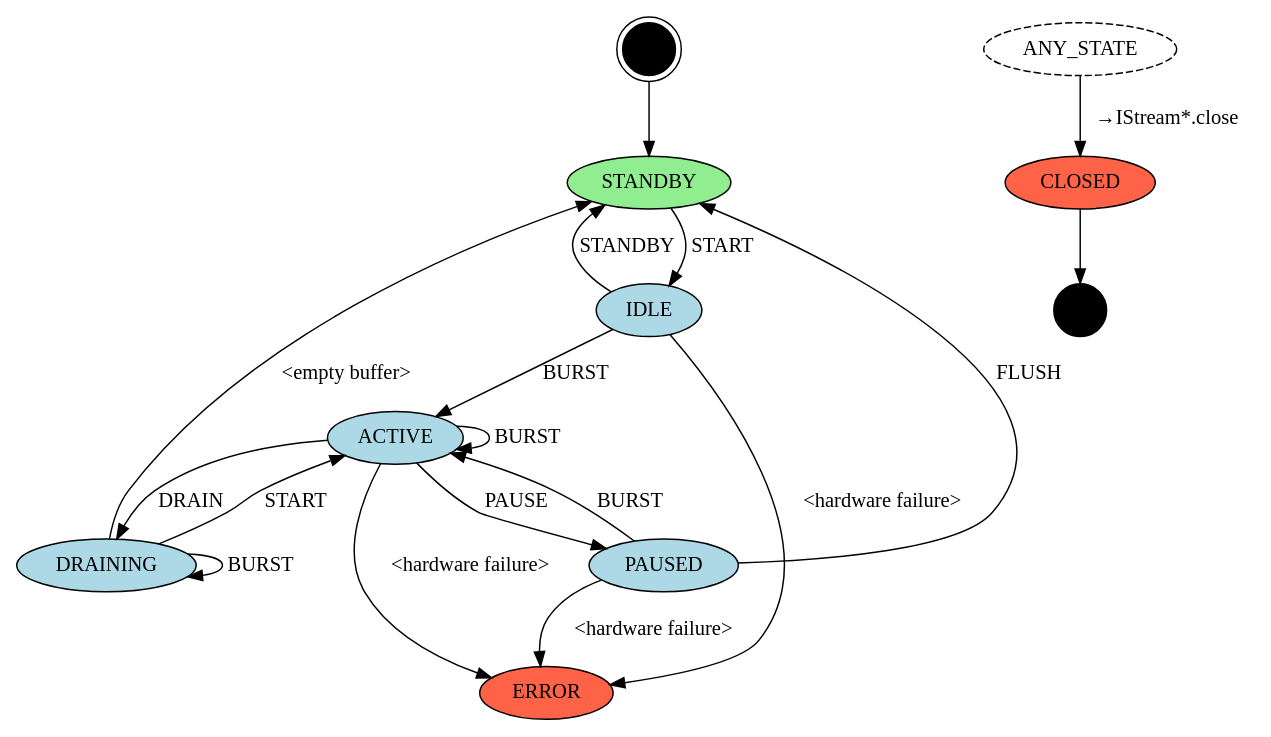
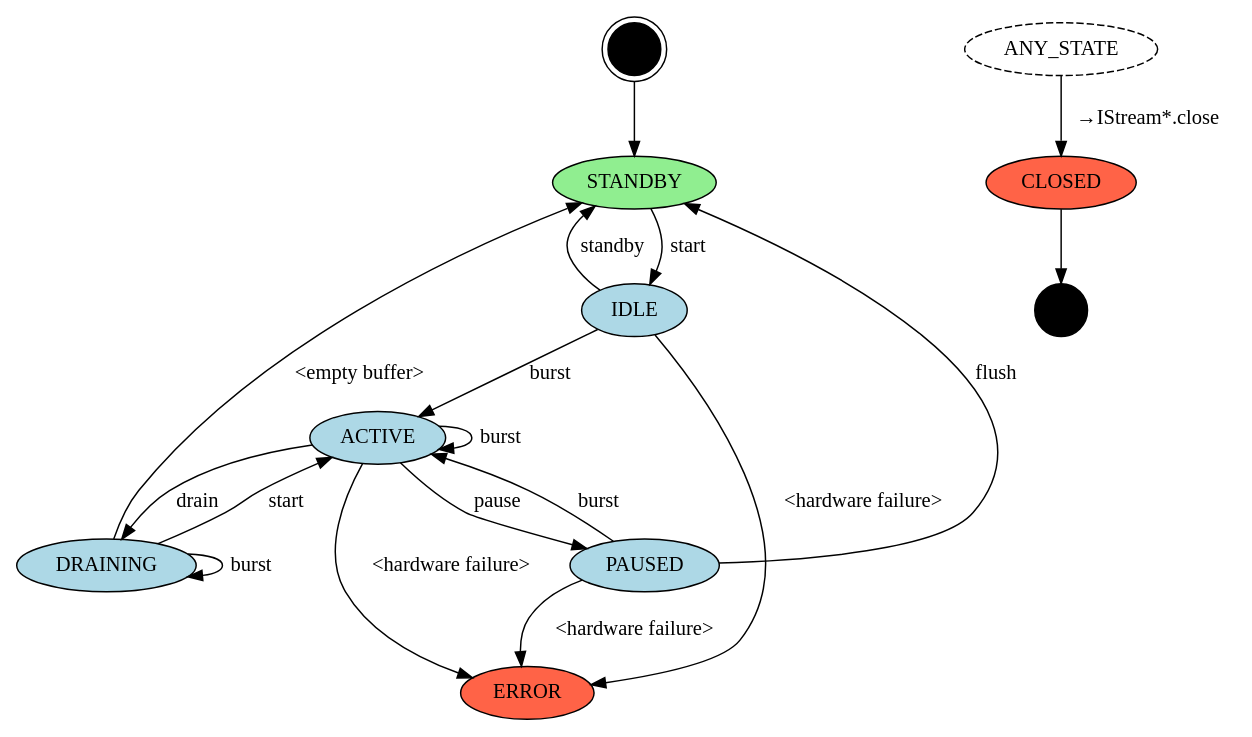
The diagram in audio/aidl/android/hardware/audio/core/stream-in-sm.gv (LineageOS/android_hardware_interfaces), drawn with Graphviz before and after one commit. The commit also changed 6 other files, not shown here.

```diff
--- a/audio/aidl/android/hardware/audio/core/stream-in-sm.gv
+++ b/audio/aidl/android/hardware/audio/core/stream-in-sm.gv
@@ -1,42 +1,42 @@
 // Copyright (C) 2022 The Android Open Source Project
 //
 // Licensed under the Apache License, Version 2.0 (the "License");
 // you may not use this file except in compliance with the License.
 // You may obtain a copy of the License at
 //
 //      http://www.apache.org/licenses/LICENSE-2.0
 //
 // Unless required by applicable law or agreed to in writing, software
 // distributed under the License is distributed on an "AS IS" BASIS,
 // WITHOUT WARRANTIES OR CONDITIONS OF ANY KIND, either express or implied.
 // See the License for the specific language governing permissions and
 // limitations under the License.
 
 // To render: dot -Tpng stream-in-sm.gv -o stream-in-sm.png
 digraph stream_in_state_machine {
     node [shape=doublecircle style=filled fillcolor=black width=0.5] I;
     node [shape=point width=0.5] F;
     node [shape=oval width=1];
     node [fillcolor=lightgreen] STANDBY;  // buffer is empty
     node [fillcolor=tomato] CLOSED;
     node [fillcolor=tomato] ERROR;
     node [style=dashed] ANY_STATE;
     node [fillcolor=lightblue style=filled];
     I -> STANDBY;
-    STANDBY -> IDLE [label="START"];    // producer -> active
-    IDLE -> STANDBY [label="STANDBY"];  // producer -> passive, buffer is cleared
-    IDLE -> ACTIVE [label="BURST"];     // consumer -> active
-    ACTIVE -> ACTIVE [label="BURST"];
-    ACTIVE -> PAUSED [label="PAUSE"];   // consumer -> passive
-    ACTIVE -> DRAINING [label="DRAIN"]; // producer -> passive
-    PAUSED -> ACTIVE [label="BURST"];   // consumer -> active
-    PAUSED -> STANDBY [label="FLUSH"];  // producer -> passive, buffer is cleared
-    DRAINING -> DRAINING [label="BURST"];
-    DRAINING -> ACTIVE [label="START"];  // producer -> active
+    STANDBY -> IDLE [label="start"];    // producer -> active
+    IDLE -> STANDBY [label="standby"];  // producer -> passive, buffer is cleared
+    IDLE -> ACTIVE [label="burst"];     // consumer -> active
+    ACTIVE -> ACTIVE [label="burst"];
+    ACTIVE -> PAUSED [label="pause"];   // consumer -> passive
+    ACTIVE -> DRAINING [label="drain"]; // producer -> passive
+    PAUSED -> ACTIVE [label="burst"];   // consumer -> active
+    PAUSED -> STANDBY [label="flush"];  // producer -> passive, buffer is cleared
+    DRAINING -> DRAINING [label="burst"];
+    DRAINING -> ACTIVE [label="start"];  // producer -> active
     DRAINING -> STANDBY [label="<empty buffer>"];  // consumer deactivates
     IDLE -> ERROR [label="<hardware failure>"];
     ACTIVE -> ERROR [label="<hardware failure>"];
     PAUSED -> ERROR [label="<hardware failure>"];
     ANY_STATE -> CLOSED [label="→IStream*.close"];
     CLOSED -> F;
 }
```
